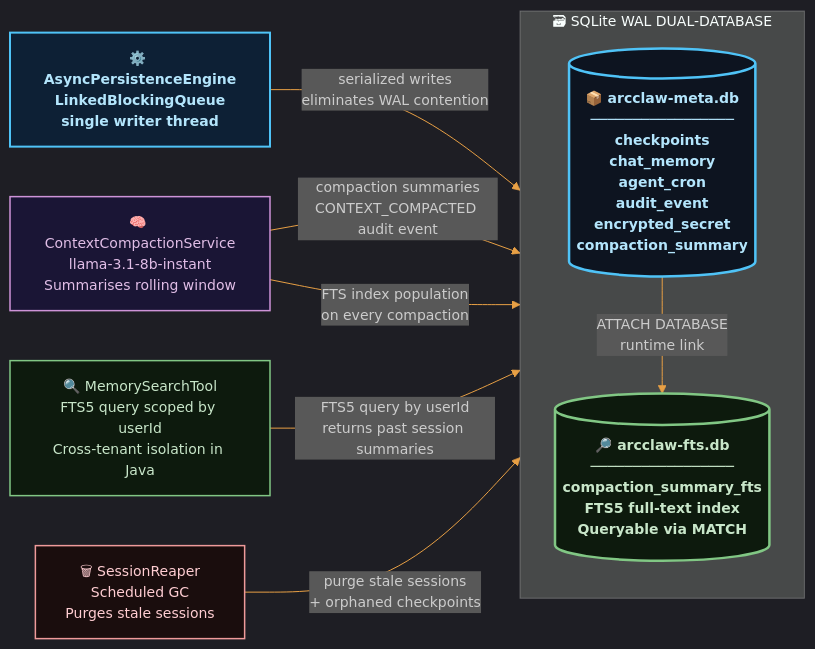
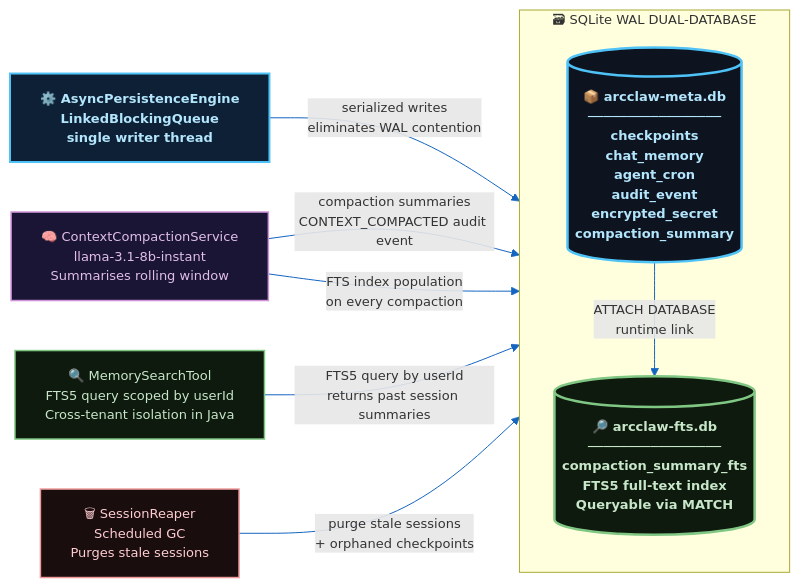
The fifth of 8 diagrams in README.md (rsrini7/AmshaAgent), drawn with Mermaid before and after one commit. The commit also changed other lines of this file, not shown here.

Commit message:
docs: switch mermaid diagrams from dark to default theme

````diff
--- a/README.md
+++ b/README.md
@@ -563,29 +563,29 @@
 ```mermaid
-%%{init: {'theme': 'dark', 'themeVariables': {'primaryColor': '#1e2d45', 'primaryTextColor': '#c9d8ee', 'primaryBorderColor': '#4fc3f7', 'lineColor': '#e8a045', 'secondaryColor': '#0d1420', 'tertiaryColor': '#0d2035', 'fontSize': '14px'}}}%%
+%%{init: {'theme': 'default', 'themeVariables': {'primaryColor': '#e8f4fd', 'primaryTextColor': '#1a2a3a', 'primaryBorderColor': '#2196f3', 'lineColor': '#1565c0', 'activationBorderColor': '#1565c0', 'activationBkgColor': '#bbdefb', 'actorBkg': '#1565c0', 'actorBorder': '#0d47a1', 'actorTextColor': '#ffffff', 'actorLineColor': '#90caf9', 'signalColor': '#1565c0', 'signalTextColor': '#1a2a3a', 'labelBoxBkgColor': '#e3f2fd', 'labelBoxBorderColor': '#90caf9', 'labelTextColor': '#1a2a3a', 'loopTextColor': '#1a2a3a', 'noteBkgColor': '#fff8e1', 'noteBorderColor': '#f9a825', 'noteTextColor': '#4a3000', 'fontSize': '13px'}}}%%
 graph LR
     classDef writer fill:#0d2035,stroke:#4fc3f7,stroke-width:2px,color:#b3e5fc,font-weight:bold
     classDef compactor fill:#1a1535,stroke:#ce93d8,stroke-width:1.5px,color:#e1bee7
     classDef searcher fill:#0d1a0d,stroke:#81c784,stroke-width:1.5px,color:#c8e6c9
     classDef reaper fill:#1a0d0d,stroke:#ef9a9a,stroke-width:1.5px,color:#ffcdd2
     classDef metadb fill:#0d1420,stroke:#4fc3f7,stroke-width:2.5px,color:#b3e5fc,font-weight:bold
     classDef ftsdb fill:#0d1a0d,stroke:#81c784,stroke-width:2.5px,color:#c8e6c9,font-weight:bold
     classDef attach fill:#1a1200,stroke:#e8a045,stroke-width:1px,color:#ffe082
 
     APE["⚙️ AsyncPersistenceEngine<br/>LinkedBlockingQueue<br/>single writer thread"]:::writer
     CC["🧠 ContextCompactionService<br/>llama-3.1-8b-instant<br/>Summarises rolling window"]:::compactor
     MST["🔍 MemorySearchTool<br/>FTS5 query scoped by userId<br/>Cross-tenant isolation in Java"]:::searcher
     SR["🗑 SessionReaper<br/>Scheduled GC<br/>Purges stale sessions"]:::reaper
 
     subgraph DUAL["  🗃  SQLite WAL DUAL-DATABASE  "]
         direction TB
         Meta[("📦 arcclaw-meta.db<br/>─────────────────<br/>checkpoints<br/>chat_memory<br/>agent_cron<br/>audit_event<br/>encrypted_secret<br/>compaction_summary")]:::metadb
         FTS[("🔎 arcclaw-fts.db<br/>─────────────────<br/>compaction_summary_fts<br/>FTS5 full-text index<br/>Queryable via MATCH")]:::ftsdb
         Meta -->|"ATTACH DATABASE<br/>runtime link"| FTS
     end
 
     APE -->|"serialized writes<br/>eliminates WAL contention"| Meta
     CC -->|"compaction summaries<br/>CONTEXT_COMPACTED audit event"| Meta
     CC -->|"FTS index population<br/>on every compaction"| FTS
     MST -->|"FTS5 query by userId<br/>returns past session summaries"| FTS
     SR -->|"purge stale sessions<br/>+ orphaned checkpoints"| Meta
 ```
````
